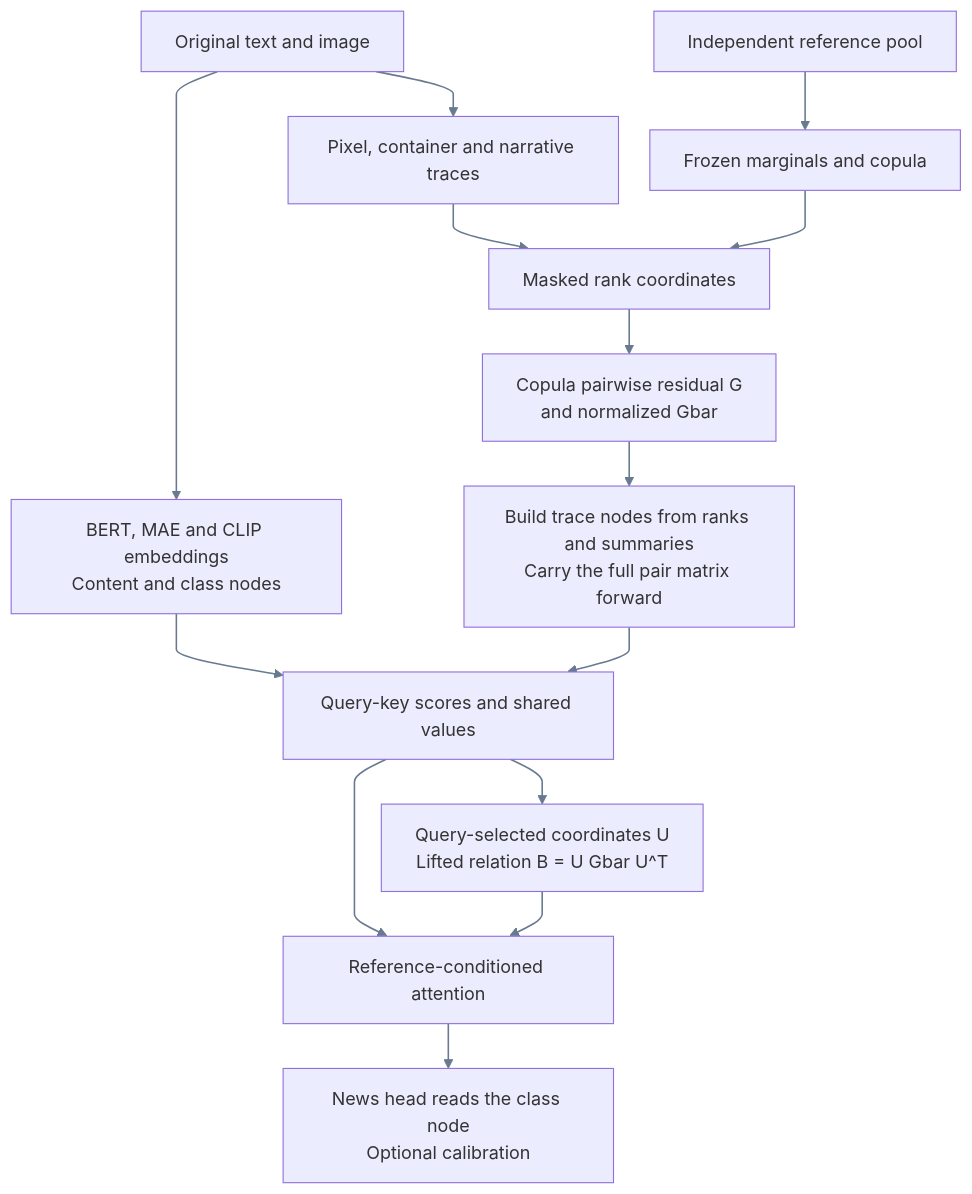
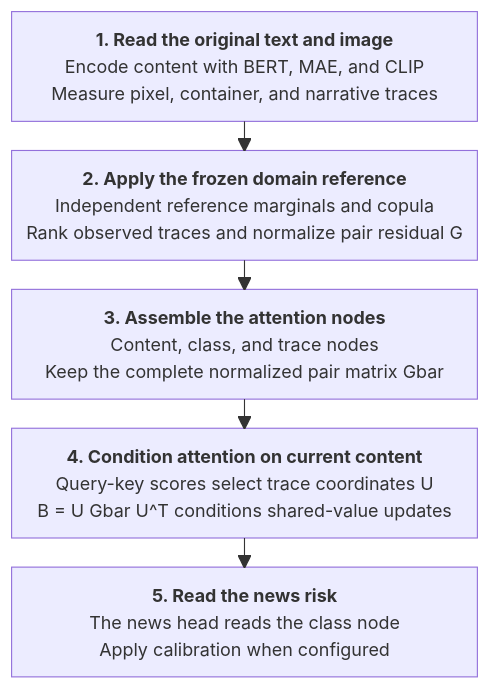
One commit to wlz05/FlawPrint changed the diagram in README.md. Above: the diagram before and after it, drawn with Mermaid.

Commit message:
FlawPrint

````diff
--- a/README.md
+++ b/README.md
@@ -9,47 +9,42 @@
 ```mermaid
 ---
 config:
+  block:
+    padding: 26
   themeCSS: |
+    path[marker-end] {
+      stroke: #687a90 !important;
+      stroke-width: 1.4px !important;
+    }
     marker[id$="-pointEnd"], marker[id$="-pointEnd-margin"] {
       overflow: visible;
     }
     marker[id$="-pointEnd"] path, marker[id$="-pointEnd-margin"] path {
       fill: none !important;
       stroke: #687a90 !important;
       stroke-width: 1.4px !important;
       stroke-linecap: round;
       stroke-linejoin: round;
     }
     marker[id$="-pointEnd"][refX="5"] path {
       d: path("M 0.8 1.4 L 5 5 L 0.8 8.6");
     }
     marker[id$="-pointEnd"][refX="6"] path {
       d: path("M 2.8 2.2 L 6 5 L 2.8 7.8");
     }
     marker[id$="-pointEnd-margin"] path {
       d: path("M 7.8 3.85 L 11.5 7 L 7.8 10.15");
     }
-  flowchart:
-    curve: monotoneY
-    diagramPadding: 18
-    nodeSpacing: 28
-    rankSpacing: 40
-    wrappingWidth: 235
 ---
-flowchart TB
-    X["Original text and image"]
-    X --> D["BERT, MAE and CLIP embeddings<br/>Content and class nodes"]
-    X --> T["Pixel, container and narrative traces"]
-    R["Independent reference pool"] --> C["Frozen marginals and copula"]
-    T --> Z["Masked rank coordinates"]
-    C --> Z
-    Z --> G["Copula pairwise residual G<br/>and normalized Gbar"]
-    G --> V["Build trace nodes from ranks and summaries<br/>Carry the full pair matrix forward"]
-    D --> L["Query-key scores and shared values"]
-    V --> L
-    L --> B["Query-selected coordinates U<br/>Lifted relation B = U Gbar U^T"]
-    L --> A["Reference-conditioned attention"]
-    B --> A
-    A --> Y["News head reads the class node<br/>Optional calibration"]
-    linkStyle default stroke:#687a90,stroke-width:1.4px
+block-beta
+    columns 1
+    A["<b>1. Read the original text and image</b><br/>Encode content with BERT, MAE, and CLIP<br/>Measure pixel, container, and narrative traces"]
+    B["<b>2. Apply the frozen domain reference</b><br/>Independent reference marginals and copula<br/>Rank observed traces and normalize pair residual G"]
+    C["<b>3. Assemble the attention nodes</b><br/>Content, class, and trace nodes<br/>Keep the complete normalized pair matrix Gbar"]
+    D["<b>4. Condition attention on current content</b><br/>Query-key scores select trace coordinates U<br/>B = U Gbar U^T conditions shared-value updates"]
+    E["<b>5. Read the news risk</b><br/>The news head reads the class node<br/>Apply calibration when configured"]
+    A --> B
+    B --> C
+    C --> D
+    D --> E
 ```
````
